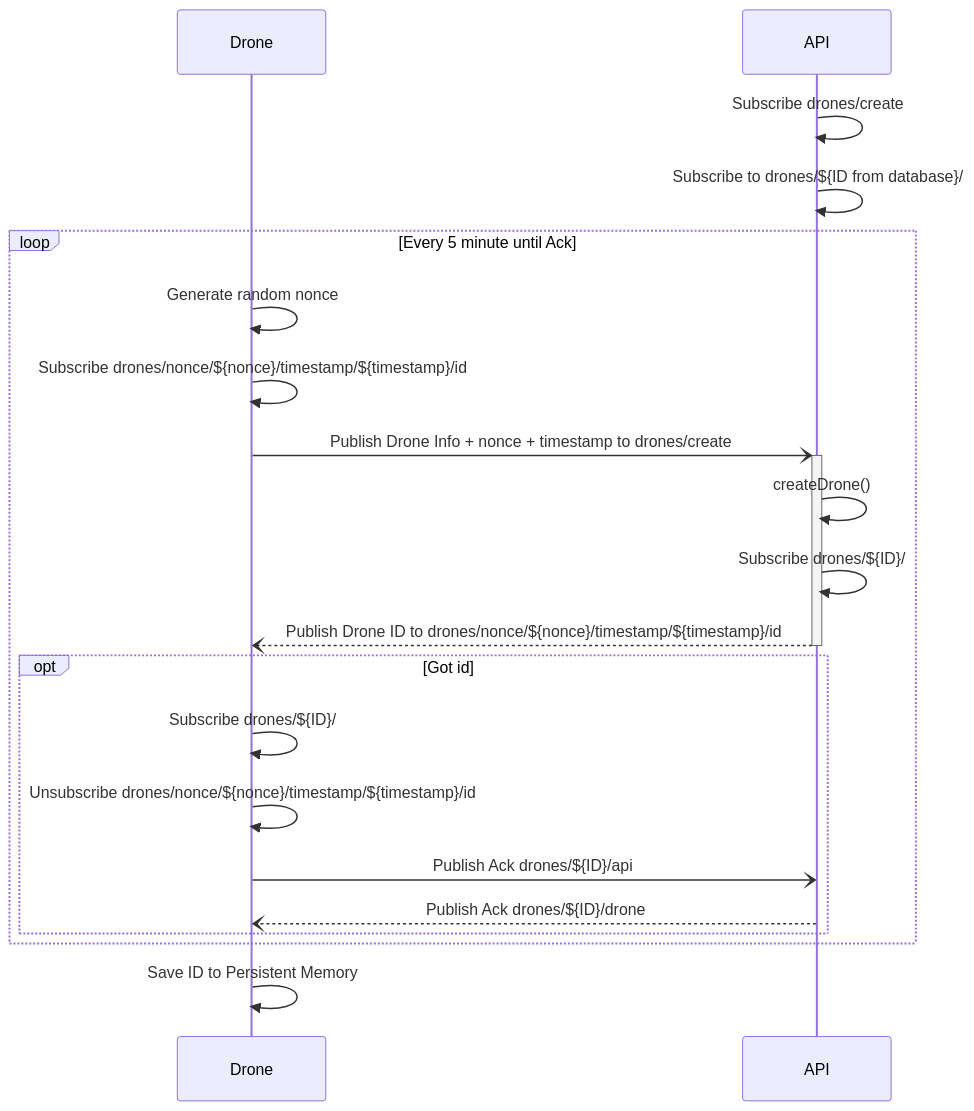
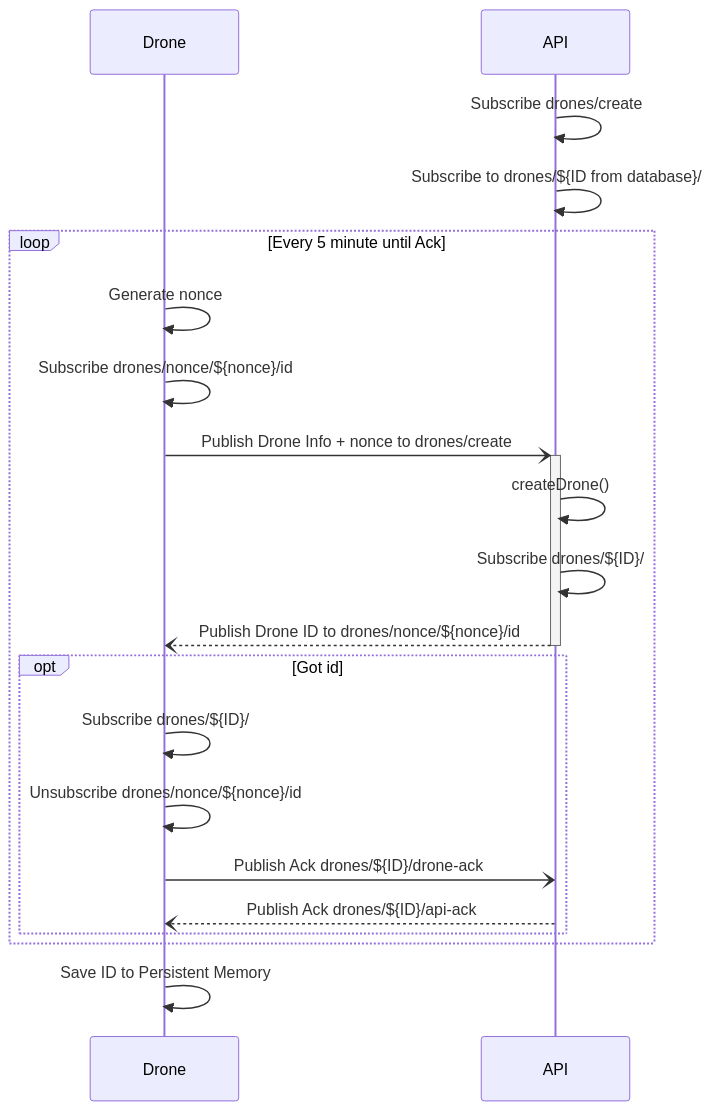
One commit to eliashetland/ttm4115 changed the diagram in sequence-diagrams-mermaid/drone-create.md. Above: the diagram before and after it, drawn with Mermaid. The commit also changed 4 other files, not shown here.

````diff
--- a/sequence-diagrams-mermaid/drone-create.md
+++ b/sequence-diagrams-mermaid/drone-create.md
@@ -3,35 +3,35 @@
 ```mermaid
 sequenceDiagram
     participant Drone
     participant API
 
     API->>API: Subscribe drones/create
 
     API->>API: Subscribe to drones/${ID from database}/#
 
     loop Every 5 minute until Ack
-        Drone->>Drone: Generate random nonce
+        Drone->>Drone: Generate nonce
 
-        Drone->>Drone: Subscribe drones/nonce/${nonce}/timestamp/${timestamp}/id
+        Drone->>Drone: Subscribe drones/nonce/${nonce}/id
 
-        Drone-)+API: Publish Drone Info + nonce + timestamp to drones/create
+        Drone-)+API: Publish Drone Info + nonce to drones/create
 
         API->>API: createDrone()
 
         API->>API: Subscribe drones/${ID}/#
 
-        API--)-Drone: Publish Drone ID to drones/nonce/${nonce}/timestamp/${timestamp}/id
+        API--)-Drone: Publish Drone ID to drones/nonce/${nonce}/id
 
         opt Got id
             Drone->>Drone: Subscribe drones/${ID}/#
 
-            Drone->>Drone: Unsubscribe drones/nonce/${nonce}/timestamp/${timestamp}/id
+            Drone->>Drone: Unsubscribe drones/nonce/${nonce}/id
 
-            Drone-)API: Publish Ack drones/${ID}/api
+            Drone-)API: Publish Ack drones/${ID}/drone-ack
 
-            API--)Drone: Publish Ack drones/${ID}/drone
+            API--)Drone: Publish Ack drones/${ID}/api-ack
         end
     end
 
     Drone->>Drone: Save ID to Persistent Memory
 ```
````
